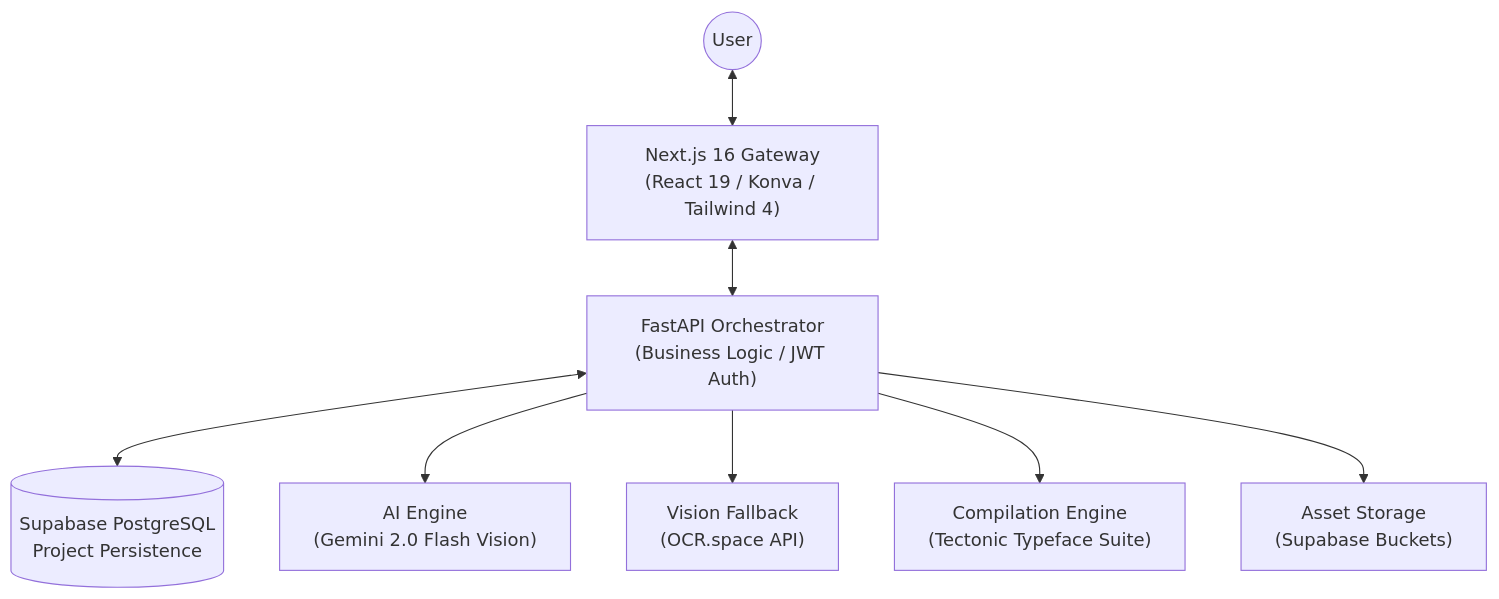
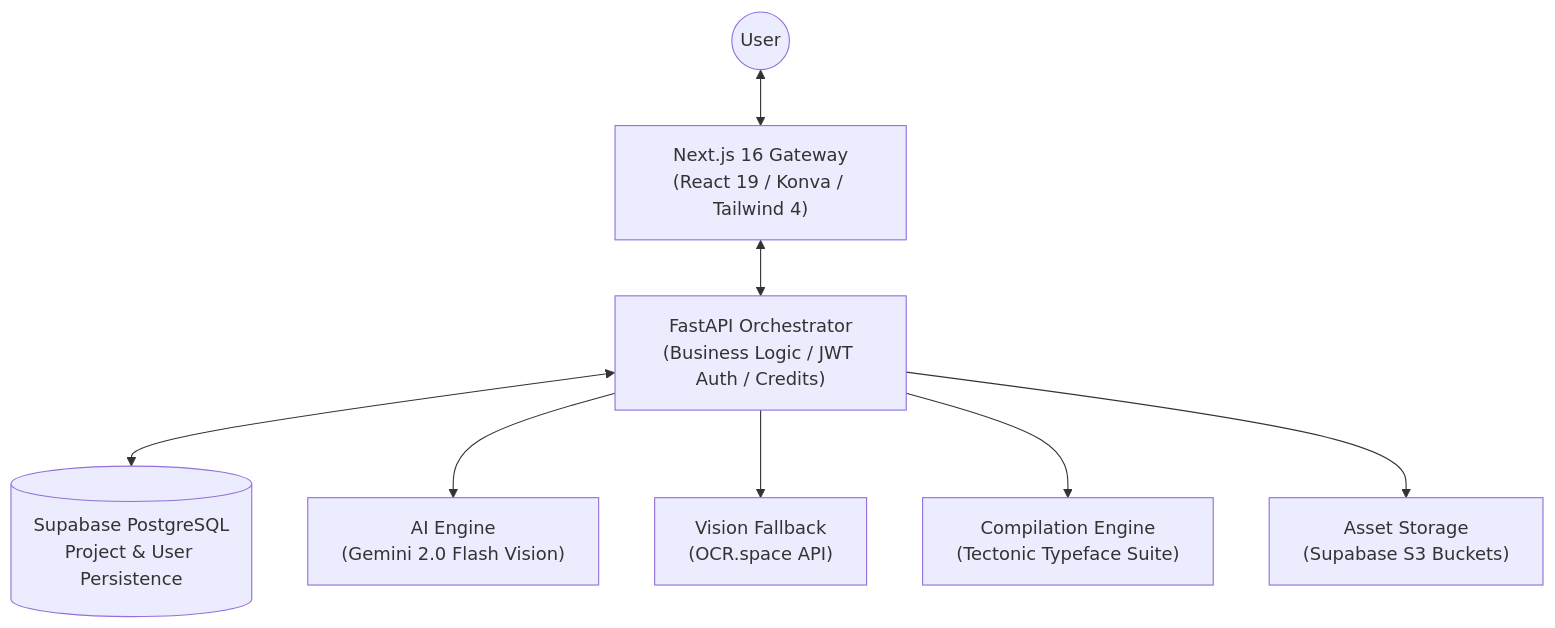
One commit to Mehedi26696/Tizkit changed the first of 2 diagrams in README.md. Above: the diagram before and after it, drawn with Mermaid. The commit also changed other lines of this file, not shown here.

````diff
--- a/README.md
+++ b/README.md
@@ -19,19 +19,19 @@
 ```mermaid
 graph TD
     %% User Tier
     User((User)) <--> Frontend["Next.js 16 Gateway<br/>(React 19 / Konva / Tailwind 4)"]
 
     %% Logic Tier
-    Frontend <--> Backend["FastAPI Orchestrator<br/>(Business Logic / JWT Auth)"]
+    Frontend <--> Backend["FastAPI Orchestrator<br/>(Business Logic / JWT Auth / Credits)"]
 
     %% Data Tier
-    Backend <--> DB[(Supabase PostgreSQL<br/>Project Persistence)]
+    Backend <--> DB[(Supabase PostgreSQL<br/>Project & User Persistence)]
 
     %% Service Tier
     Backend --> Gemini["AI Engine<br/>(Gemini 2.0 Flash Vision)"]
     Backend --> OCR["Vision Fallback<br/>(OCR.space API)"]
     Backend --> Tectonic["Compilation Engine<br/>(Tectonic Typeface Suite)"]
     
-    %% Assets
-    Backend --> Files["Asset Storage<br/>(Supabase Buckets)"]
+    %% Asset Tier
+    Backend --> Files["Asset Storage<br/>(Supabase S3 Buckets)"]
 ```
````
